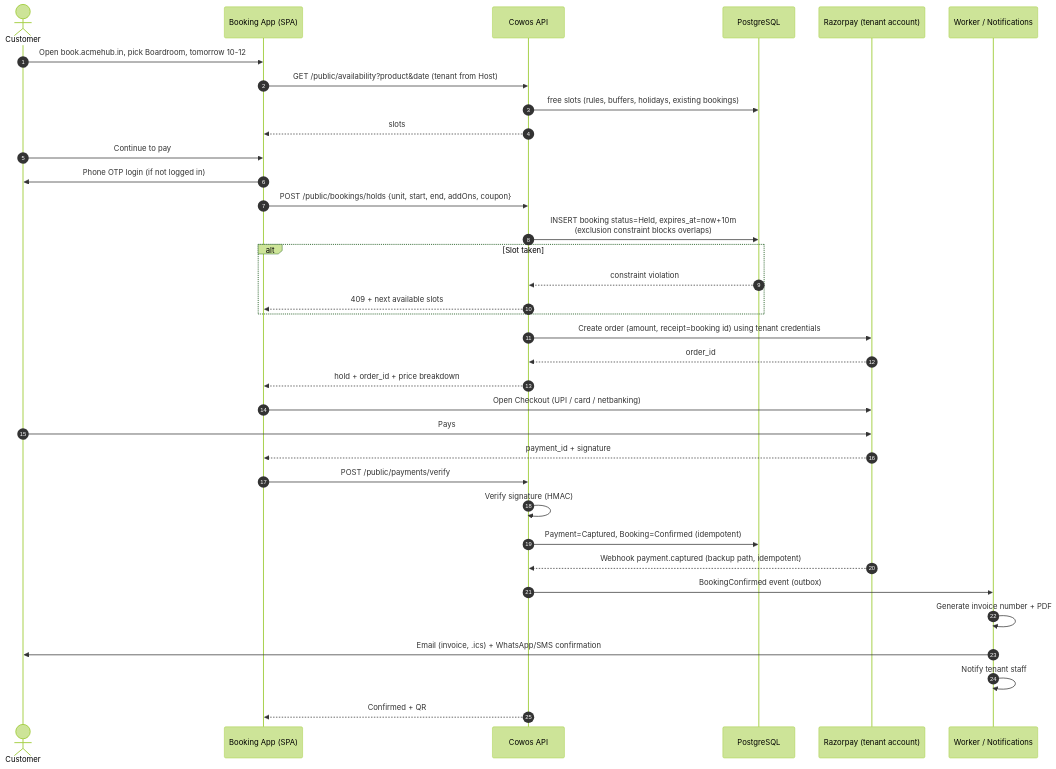
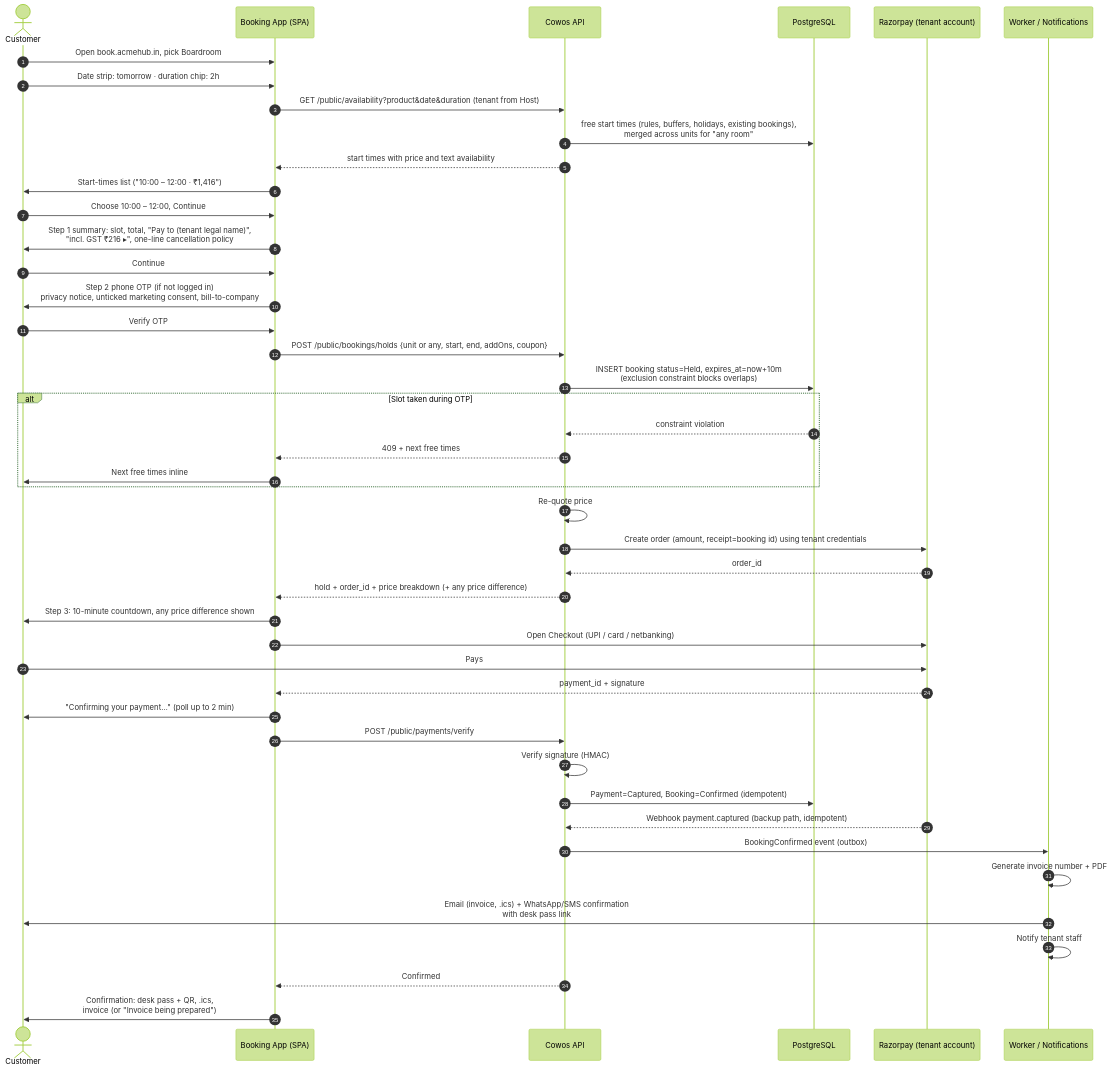
One commit to mathsyagiri-scrimpify/Cowos changed the fifth of 9 diagrams in docs/requirements/06-user-flows.md. Above: the diagram before and after it, drawn with Mermaid (forest theme). The commit also changed other lines of this file and 27 other files, not shown here.

````diff
--- a/docs/requirements/06-user-flows.md
+++ b/docs/requirements/06-user-flows.md
@@ -72,38 +115,48 @@
 ```mermaid
 sequenceDiagram
     autonumber
     actor C as Customer
     participant BA as Booking App (SPA)
     participant API as Cowos API
     participant DB as PostgreSQL
     participant RZ as Razorpay (tenant account)
     participant W as Worker / Notifications
 
-    C->>BA: Open book.acmehub.in, pick Boardroom, tomorrow 10-12
-    BA->>API: GET /public/availability?product&date (tenant from Host)
-    API->>DB: free slots (rules, buffers, holidays, existing bookings)
-    API-->>BA: slots
-    C->>BA: Continue to pay
-    BA->>C: Phone OTP login (if not logged in)
-    BA->>API: POST /public/bookings/holds {unit, start, end, addOns, coupon}
+    C->>BA: Open book.acmehub.in, pick Boardroom
+    C->>BA: Date strip: tomorrow · duration chip: 2h
+    BA->>API: GET /public/availability?product&date&duration (tenant from Host)
+    API->>DB: free start times (rules, buffers, holidays, existing bookings),<br/>merged across units for "any room"
+    API-->>BA: start times with price and text availability
+    BA->>C: Start-times list ("10:00 – 12:00 · ₹1,416")
+    C->>BA: Choose 10:00 – 12:00, Continue
+    BA->>C: Step 1 summary: slot, total, "Pay to (tenant legal name)",<br/>"incl. GST ₹216 ▸", one-line cancellation policy
+    C->>BA: Continue
+    BA->>C: Step 2 phone OTP (if not logged in)<br/>privacy notice, unticked marketing consent, bill-to-company
+    C->>BA: Verify OTP
+    BA->>API: POST /public/bookings/holds {unit or any, start, end, addOns, coupon}
     API->>DB: INSERT booking status=Held, expires_at=now+10m<br/>(exclusion constraint blocks overlaps)
-    alt Slot taken
+    alt Slot taken during OTP
         DB-->>API: constraint violation
-        API-->>BA: 409 + next available slots
+        API-->>BA: 409 + next free times
+        BA->>C: Next free times inline
     end
+    API->>API: Re-quote price
     API->>RZ: Create order (amount, receipt=booking id) using tenant credentials
     RZ-->>API: order_id
-    API-->>BA: hold + order_id + price breakdown
+    API-->>BA: hold + order_id + price breakdown (+ any price difference)
+    BA->>C: Step 3: 10-minute countdown, any price difference shown
     BA->>RZ: Open Checkout (UPI / card / netbanking)
     C->>RZ: Pays
     RZ-->>BA: payment_id + signature
+    BA->>C: "Confirming your payment…" (poll up to 2 min)
     BA->>API: POST /public/payments/verify
     API->>API: Verify signature (HMAC)
     API->>DB: Payment=Captured, Booking=Confirmed (idempotent)
     RZ-->>API: Webhook payment.captured (backup path, idempotent)
     API->>W: BookingConfirmed event (outbox)
     W->>W: Generate invoice number + PDF
-    W->>C: Email (invoice, .ics) + WhatsApp/SMS confirmation
+    W->>C: Email (invoice, .ics) + WhatsApp/SMS confirmation<br/>with desk pass link
     W->>W: Notify tenant staff
-    API-->>BA: Confirmed + QR
+    API-->>BA: Confirmed
+    BA->>C: Confirmation: desk pass + QR, .ics,<br/>invoice (or "Invoice being prepared")
 ```
````
